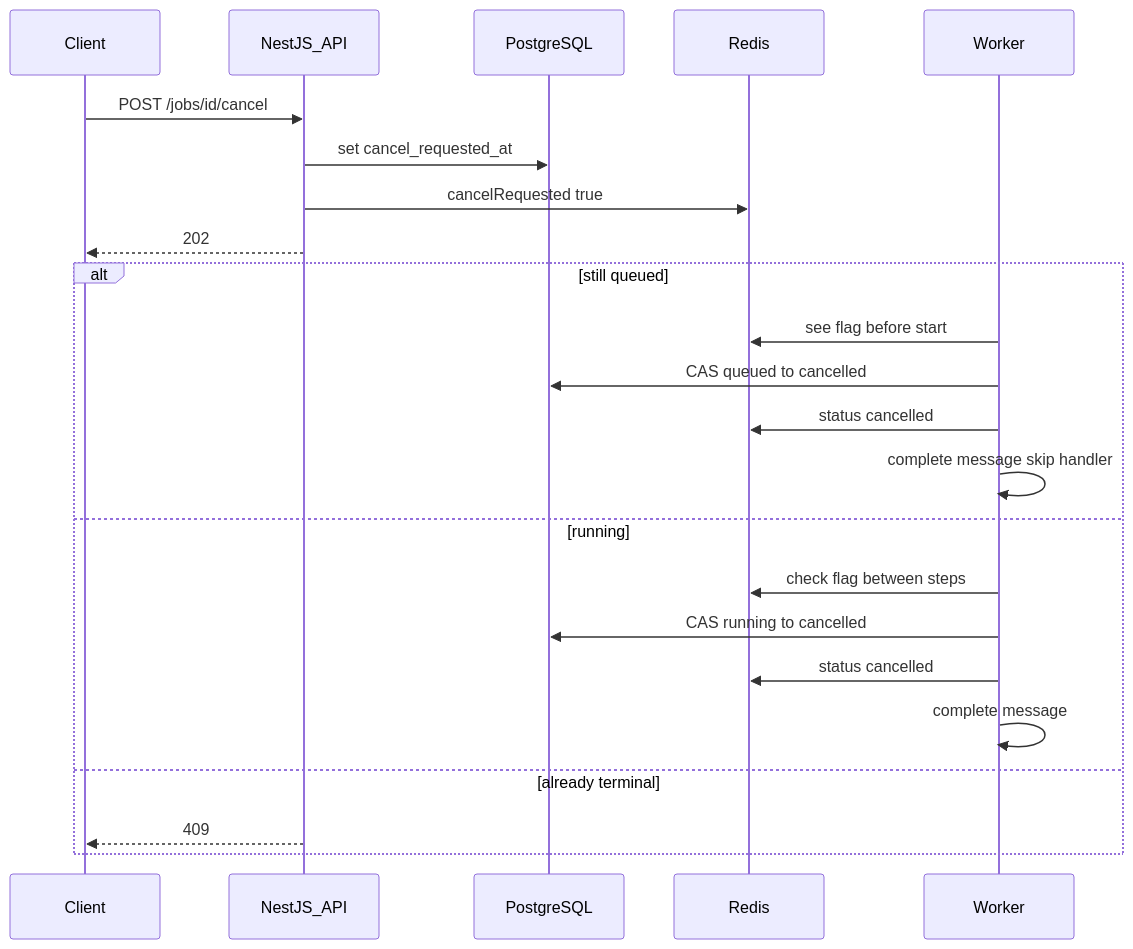
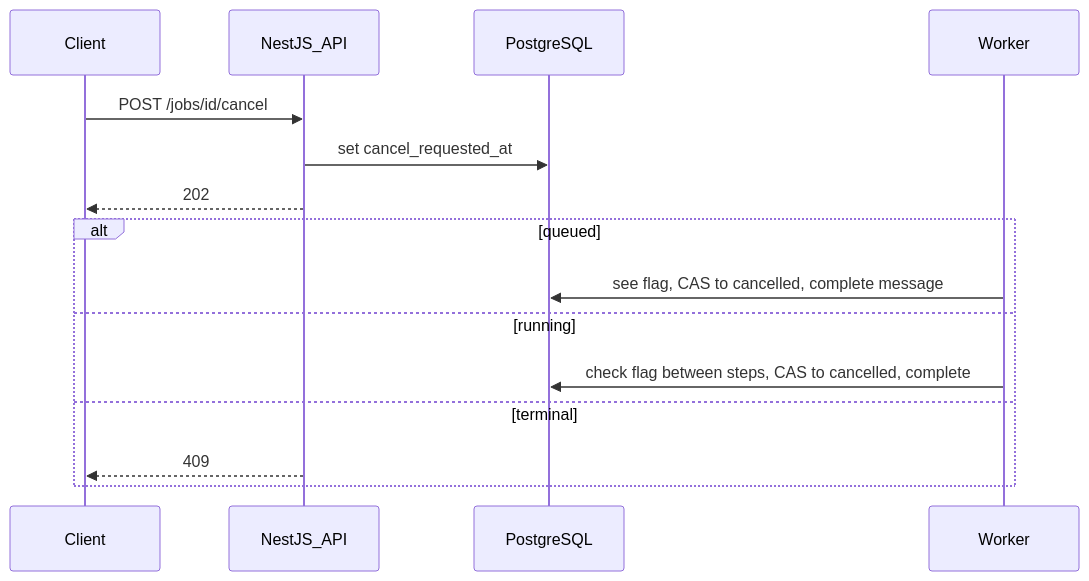
The third of 3 diagrams in ARCHITECTURE.md (apintado11/makai-async-jobs), drawn with Mermaid before and after one commit. The commit also changed other lines of this file and 1 other file, not shown here.

Commit message:
Drop Redis and Temporal so the design is three pieces: API, queue, job table.

````diff
--- a/ARCHITECTURE.md
+++ b/ARCHITECTURE.md
@@ -156,27 +82,18 @@
 ```mermaid
 sequenceDiagram
   participant C as Client
   participant API as NestJS_API
   participant DB as PostgreSQL
-  participant R as Redis
   participant W as Worker
 
   C->>API: POST /jobs/id/cancel
   API->>DB: set cancel_requested_at
-  API->>R: cancelRequested true
   API-->>C: 202
-
-  alt still queued
-    W->>R: see flag before start
-    W->>DB: CAS queued to cancelled
-    W->>R: status cancelled
-    W->>W: complete message skip handler
+  alt queued
+    W->>DB: see flag, CAS to cancelled, complete message
   else running
-    W->>R: check flag between steps
-    W->>DB: CAS running to cancelled
-    W->>R: status cancelled
-    W->>W: complete message
-  else already terminal
+    W->>DB: check flag between steps, CAS to cancelled, complete
+  else terminal
     API-->>C: 409
   end
 ```
````
